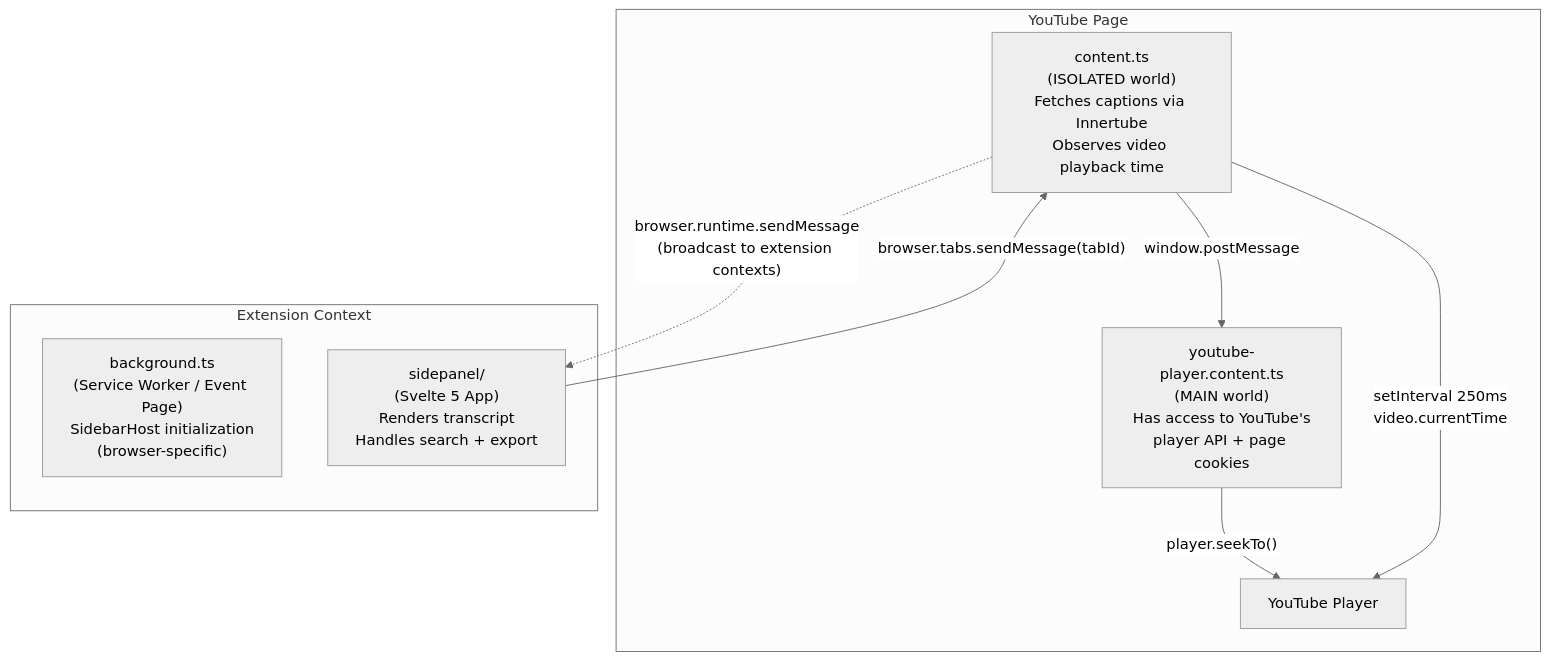
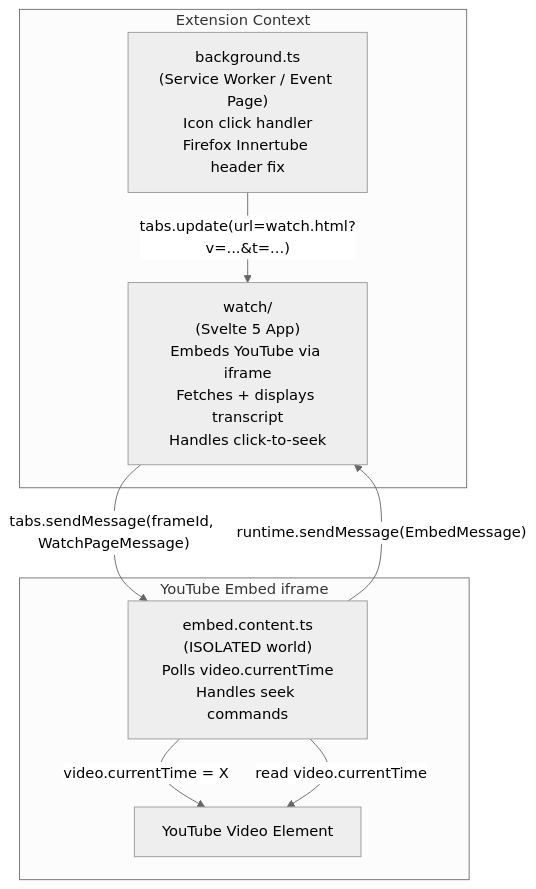
Before and after one commit to tednaleid/quoth: the first of 6 diagrams in docs/spec/architecture.md, drawn with Mermaid (neutral theme). The commit also changed other lines of this file and 2 other files, not shown here.

First line of the commit message:
docs: update architecture and testing docs for sidebar removal

````diff
--- a/docs/spec/architecture.md
+++ b/docs/spec/architecture.md
@@ -12,19 +12,18 @@
 ```mermaid
 graph TB
-    subgraph "YouTube Page"
-        YT[YouTube Player]
-        MW["youtube-player.content.ts<br/>(MAIN world)<br/>Has access to YouTube's<br/>player API + page cookies"]
-        CS["content.ts<br/>(ISOLATED world)<br/>Fetches captions via Innertube<br/>Observes video playback time"]
+    subgraph "Extension Context"
+        BG["background.ts<br/>(Service Worker / Event Page)<br/>Icon click handler<br/>Firefox Innertube header fix"]
+        WP["watch/<br/>(Svelte 5 App)<br/>Embeds YouTube via iframe<br/>Fetches + displays transcript<br/>Handles click-to-seek"]
     end
 
-    subgraph "Extension Context"
-        BG["background.ts<br/>(Service Worker / Event Page)<br/>SidebarHost initialization<br/>(browser-specific)"]
-        SP["sidepanel/<br/>(Svelte 5 App)<br/>Renders transcript<br/>Handles search + export"]
+    subgraph "YouTube Embed iframe"
+        EC["embed.content.ts<br/>(ISOLATED world)<br/>Polls video.currentTime<br/>Handles seek commands"]
+        VID[YouTube Video Element]
     end
 
-    CS -. "browser.runtime.sendMessage<br/>(broadcast to extension contexts)" .-> SP
-    SP -- "browser.tabs.sendMessage(tabId)" --> CS
-    CS -- "window.postMessage" --> MW
-    MW -- "player.seekTo()" --> YT
-    CS -- "setInterval 250ms<br/>video.currentTime" --> YT
+    BG -- "tabs.update(url=watch.html?v=...&t=...)" --> WP
+    EC -- "runtime.sendMessage(EmbedMessage)" --> WP
+    WP -- "tabs.sendMessage(frameId, WatchPageMessage)" --> EC
+    EC -- "video.currentTime = X" --> VID
+    EC -- "read video.currentTime" --> VID
 ```
````
